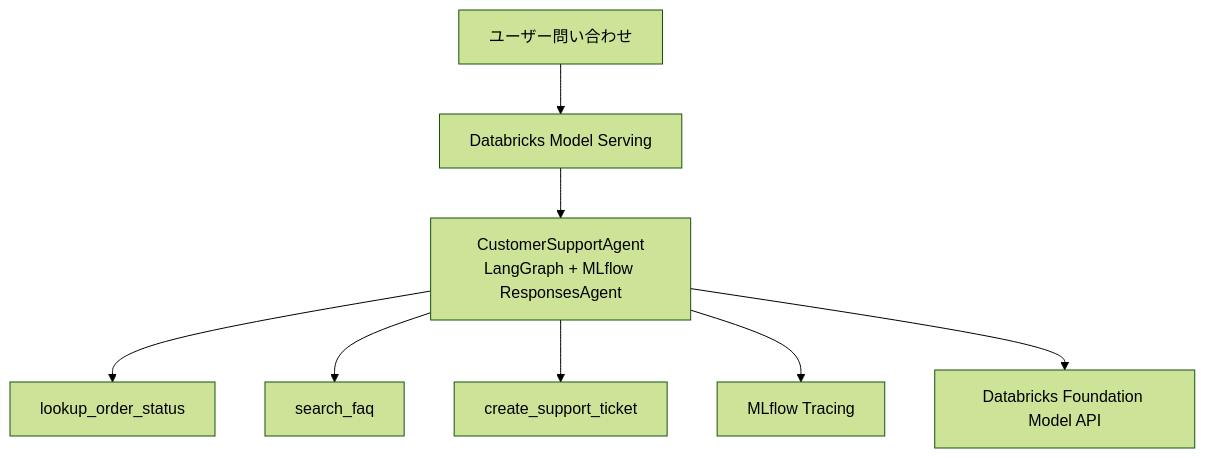
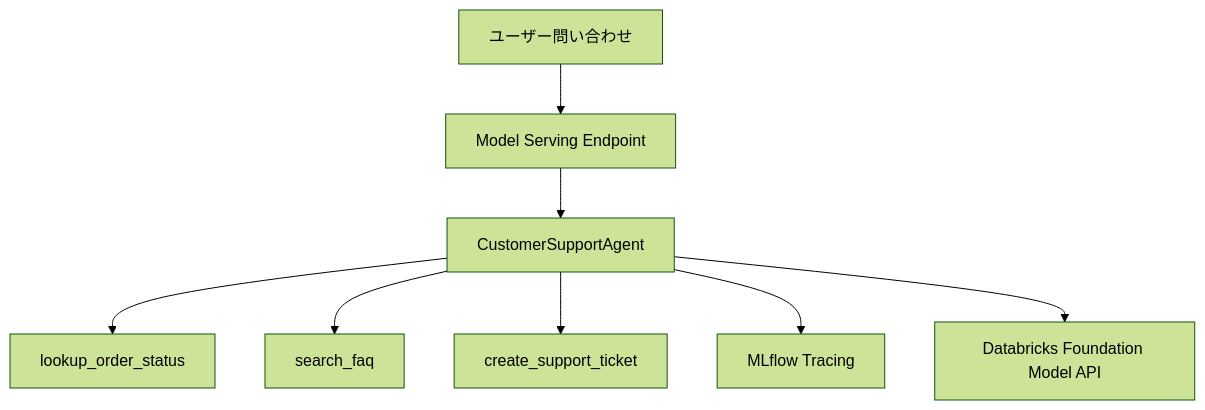
Before and after one commit to aymkbyshi/databricks-agentops-customer-support: the second of 9 diagrams in articles/databricks-agentops-zenn.md, drawn with Mermaid (forest theme). The commit also changed other lines of this file, not shown here.

Commit message:
Rewrite Zenn article with current architecture and safety guidance

````diff
--- a/articles/databricks-agentops-zenn.md
+++ b/articles/databricks-agentops-zenn.md
@@ -115,10 +114,10 @@
 ```mermaid
 flowchart TD
-    U[ユーザー問い合わせ] --> S[Databricks Model Serving]
-    S --> A[CustomerSupportAgent<br>LangGraph + MLflow ResponsesAgent]
-    A --> T1[lookup_order_status]
-    A --> T2[search_faq]
-    A --> T3[create_support_ticket]
+    U[ユーザー問い合わせ] --> S[Model Serving Endpoint]
+    S --> A[CustomerSupportAgent]
+    A --> O[lookup_order_status]
+    A --> F[search_faq]
+    A --> T[create_support_ticket]
     A --> M[MLflow Tracing]
     A --> L[Databricks Foundation Model API]
 ```
````
